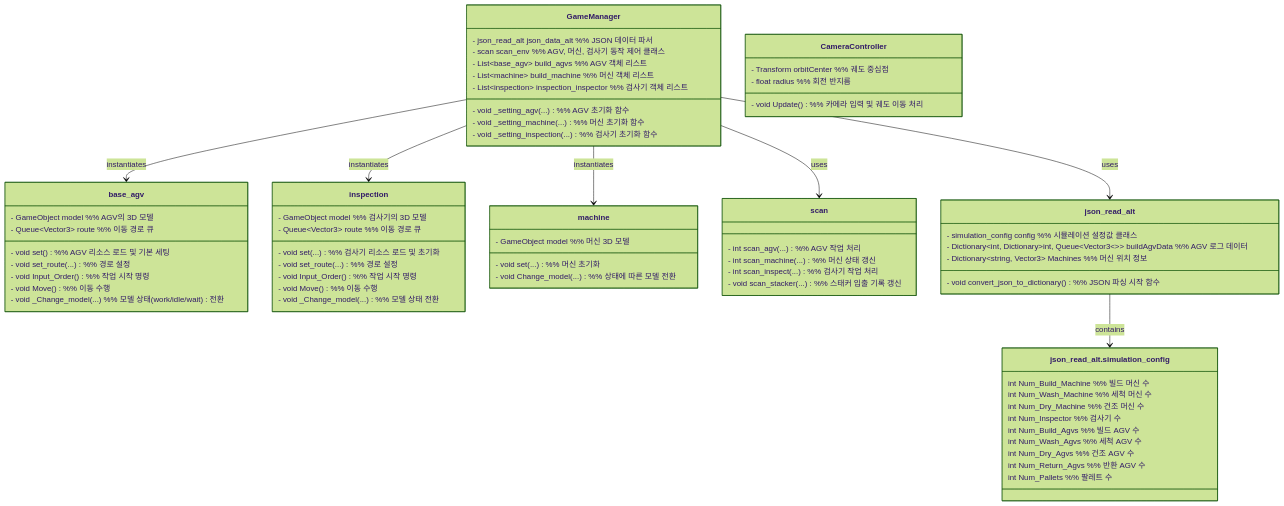
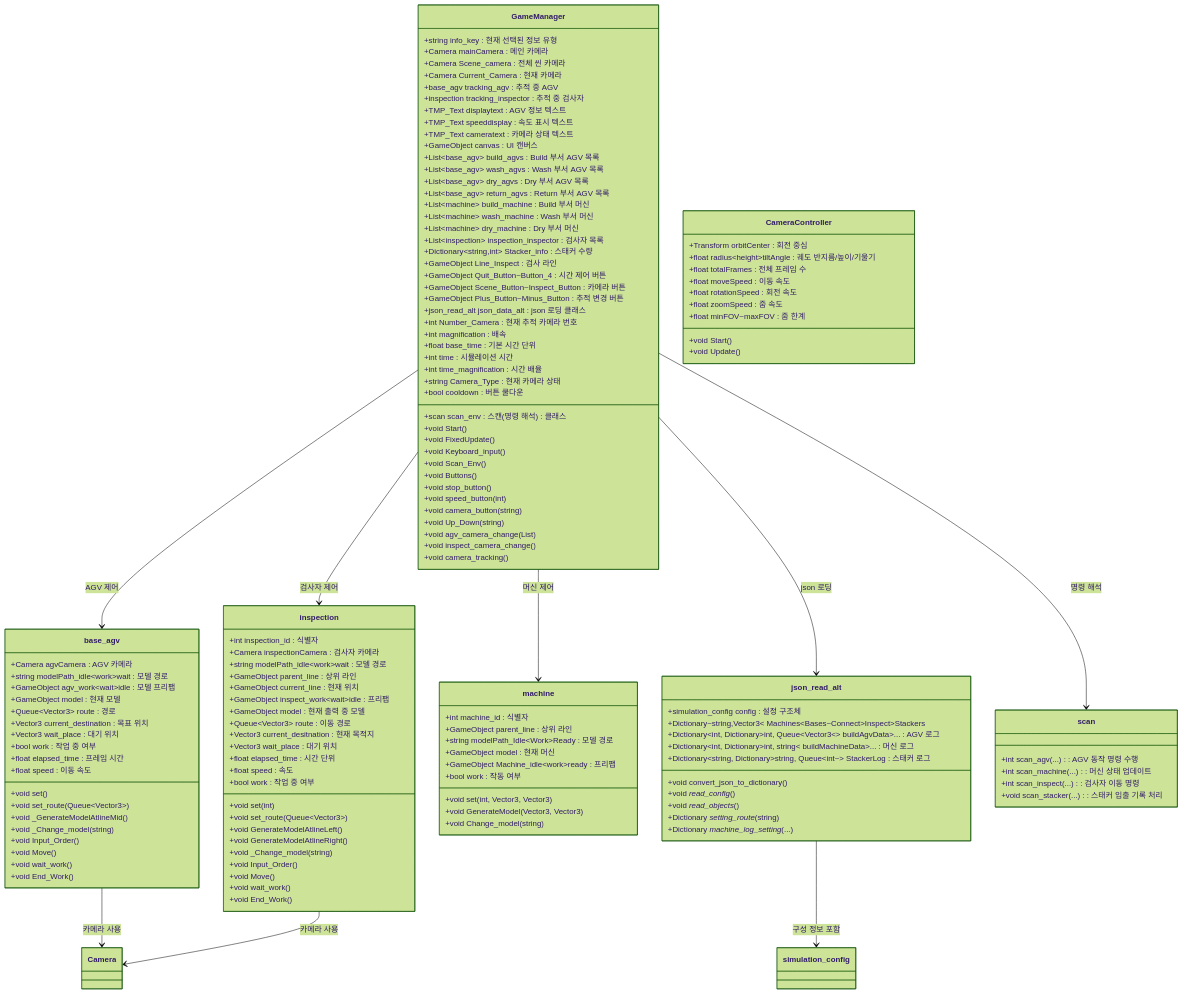
One commit to Kor-Lazyman/unity_project changed the first of 3 diagrams in README.md. Above: the diagram before and after it, drawn with Mermaid (forest theme).

````diff
--- a/README.md
+++ b/README.md
@@ -23,82 +23,159 @@
 ```mermaid
 classDiagram
-    %% === 주요 클래스 ===
-    class GameManager {
-        - json_read_alt json_data_alt  %% JSON 데이터 파서
-        - scan scan_env  %% AGV, 머신, 검사기 동작 제어 클래스
-        - List~base_agv~ build_agvs  %% AGV 객체 리스트
-        - List~machine~ build_machine  %% 머신 객체 리스트
-        - List~inspection~ inspection_inspector  %% 검사기 객체 리스트
-        - void _setting_agv(...) %% AGV 초기화 함수
-        - void _setting_machine(...) %% 머신 초기화 함수
-        - void _setting_inspection(...) %% 검사기 초기화 함수
-    }
+%% === GameManager ===
+class GameManager {
+    +string info_key : 현재 선택된 정보 유형
+    +Camera mainCamera : 메인 카메라
+    +Camera Scene_camera : 전체 씬 카메라
+    +Camera Current_Camera : 현재 카메라
+    +base_agv tracking_agv : 추적 중 AGV
+    +inspection tracking_inspector : 추적 중 검사자
+    +TMP_Text displaytext : AGV 정보 텍스트
+    +TMP_Text speeddisplay : 속도 표시 텍스트
+    +TMP_Text cameratext : 카메라 상태 텍스트
+    +GameObject canvas : UI 캔버스
+    +List~base_agv~ build_agvs : Build 부서 AGV 목록
+    +List~base_agv~ wash_agvs : Wash 부서 AGV 목록
+    +List~base_agv~ dry_agvs : Dry 부서 AGV 목록
+    +List~base_agv~ return_agvs : Return 부서 AGV 목록
+    +List~machine~ build_machine : Build 부서 머신
+    +List~machine~ wash_machine : Wash 부서 머신
+    +List~machine~ dry_machine : Dry 부서 머신
+    +List~inspection~ inspection_inspector : 검사자 목록
+    +Dictionary~string,int~ Stacker_info : 스태커 수량
+    +GameObject Line_Inspect : 검사 라인
+    +GameObject Quit_Button~Button_4 : 시간 제어 버튼
+    +GameObject Scene_Button~Inspect_Button : 카메라 버튼
+    +GameObject Plus_Button~Minus_Button : 추적 변경 버튼
+    +json_read_alt json_data_alt : json 로딩 클래스
+    +scan scan_env : 스캔(명령 해석) 클래스
+    +int Number_Camera : 현재 추적 카메라 번호
+    +int magnification : 배속
+    +float base_time : 기본 시간 단위
+    +int time : 시뮬레이션 시간
+    +int time_magnification : 시간 배율
+    +string Camera_Type : 현재 카메라 상태
+    +bool cooldown : 버튼 쿨다운
+    +void Start()
+    +void FixedUpdate()
+    +void Keyboard_input()
+    +void Scan_Env()
+    +void Buttons()
+    +void stop_button()
+    +void speed_button(int)
+    +void camera_button(string)
+    +void Up_Down(string)
+    +void agv_camera_change(List)
+    +void inspect_camera_change()
+    +void camera_tracking()
+}
 
-    class base_agv {
-        - GameObject model  %% AGV의 3D 모델
-        - Queue~Vector3~ route  %% 이동 경로 큐
-        - void set() %% AGV 리소스 로드 및 기본 세팅
-        - void set_route(...) %% 경로 설정
-        - void Input_Order() %% 작업 시작 명령
-        - void Move() %% 이동 수행
-        - void _Change_model(...) %% 모델 상태(work/idle/wait) 전환
-    }
+%% === base_agv ===
+class base_agv {
+    +Camera agvCamera : AGV 카메라
+    +string modelPath_idle~work~wait : 모델 경로
+    +GameObject agv_work~wait~idle : 모델 프리팹
+    +GameObject model : 현재 모델
+    +Queue~Vector3~ route : 경로
+    +Vector3 current_destination : 목표 위치
+    +Vector3 wait_place : 대기 위치
+    +bool work : 작업 중 여부
+    +float elapsed_time : 프레임 시간
+    +float speed : 이동 속도
+    +void set()
+    +void set_route(Queue~Vector3~)
+    +void _GenerateModelAtlineMid()
+    +void _Change_model(string)
+    +void Input_Order()
+    +void Move()
+    +void wait_work()
+    +void End_Work()
+}
 
-    class inspection {
-        - GameObject model  %% 검사기의 3D 모델
-        - Queue~Vector3~ route  %% 이동 경로 큐
-        - void set(...) %% 검사기 리소스 로드 및 초기화
-        - void set_route(...) %% 경로 설정
-        - void Input_Order() %% 작업 시작 명령
-        - void Move() %% 이동 수행
-        - void _Change_model(...) %% 모델 상태 전환
-    }
+%% === inspection ===
+class inspection {
+    +int inspection_id : 식별자
+    +Camera inspectionCamera : 검사자 카메라
+    +string modelPath_idle~work~wait : 모델 경로
+    +GameObject parent_line : 상위 라인
+    +GameObject current_line : 현재 위치
+    +GameObject inspect_work~wait~idle : 프리팹
+    +GameObject model : 현재 출력 중 모델
+    +Queue~Vector3~ route : 이동 경로
+    +Vector3 current_desitnation : 현재 목적지
+    +Vector3 wait_place : 대기 위치
+    +float elapsed_time : 시간 단위
+    +float speed : 속도
+    +bool work : 작업 중 여부
+    +void set(int)
+    +void set_route(Queue~Vector3~)
+    +void GenerateModelAtlineLeft()
+    +void GenerateModelAtlineRight()
+    +void _Change_model(string)
+    +void Input_Order()
+    +void Move()
+    +void wait_work()
+    +void End_Work()
+}
 
-    class machine {
-        - GameObject model  %% 머신 3D 모델
-        - void set(...) %% 머신 초기화
-        - void Change_model(...) %% 상태에 따른 모델 전환
-    }
+%% === machine ===
+class machine {
+    +int machine_id : 식별자
+    +GameObject parent_line : 상위 라인
+    +string modelPath_Idle~Work~Ready : 모델 경로
+    +GameObject model : 현재 머신
+    +GameObject Machine_idle~work~ready : 프리팹
+    +bool work : 작동 여부
+    +void set(int, Vector3, Vector3)
+    +void GenerateModel(Vector3, Vector3)
+    +void Change_model(string)
+}
 
-    class scan {
-        - int scan_agv(...) %% AGV 작업 처리
-        - int scan_machine(...) %% 머신 상태 갱신
-        - int scan_inspect(...) %% 검사기 작업 처리
-        - void scan_stacker(...) %% 스태커 입출 기록 갱신
-    }
+%% === json_read_alt ===
+class json_read_alt {
+    +simulation_config config : 설정 구조체
+    +Dictionary~string,Vector3~ Machines~Bases~Connect~Inspect~Stackers
+    +Dictionary~int, Dictionary~int, Queue~Vector3~~ buildAgvData~... : AGV 로그
+    +Dictionary~int, Dictionary~int, string~ buildMachineData~... : 머신 로그
+    +Dictionary~string, Dictionary~string, Queue~int~~ StackerLog : 스태커 로그
+    +void convert_json_to_dictionary()
+    +void _read_config_()
+    +void _read_objects_()
+    +Dictionary _setting_route_(string)
+    +Dictionary _machine_log_setting_(...)
+}
 
-    class json_read_alt {
-        - simulation_config config  %% 시뮬레이션 설정값 클래스
-        - Dictionary~int, Dictionary~int, Queue~Vector3~~~ buildAgvData %% AGV 로그 데이터
-        - Dictionary~string, Vector3~ Machines %% 머신 위치 정보
-        - void convert_json_to_dictionary() %% JSON 파싱 시작 함수
-    }
+%% === scan ===
+class scan {
+    +int scan_agv(...) : AGV 동작 명령 수행
+    +int scan_machine(...) : 머신 상태 업데이트
+    +int scan_inspect(...) : 검사자 이동 명령
+    +void scan_stacker(...) : 스태커 입출 기록 처리
+}
 
-    class json_read_alt.simulation_config {
-        int Num_Build_Machine %% 빌드 머신 수
-        int Num_Wash_Machine %% 세척 머신 수
-        int Num_Dry_Machine %% 건조 머신 수
-        int Num_Inspector %% 검사기 수
-        int Num_Build_Agvs %% 빌드 AGV 수
-        int Num_Wash_Agvs %% 세척 AGV 수
-        int Num_Dry_Agvs %% 건조 AGV 수
-        int Num_Return_Agvs %% 반환 AGV 수
-        int Num_Pallets %% 팔레트 수
-    }
+%% === CameraController ===
+class CameraController {
+    +Transform orbitCenter : 회전 중심
+    +float radius~height~tiltAngle : 궤도 반지름/높이/기울기
+    +float totalFrames : 전체 프레임 수
+    +float moveSpeed : 이동 속도
+    +float rotationSpeed : 회전 속도
+    +float zoomSpeed : 줌 속도
+    +float minFOV~maxFOV : 줌 한계
+    +void Start()
+    +void Update()
+}
 
-    class CameraController {
-        - Transform orbitCenter %% 궤도 중심점
-        - float radius %% 회전 반지름
-        - void Update() %% 카메라 입력 및 궤도 이동 처리
-    }
+%% === 관계선 설정 ===
+GameManager --> base_agv : AGV 제어
+GameManager --> inspection : 검사자 제어
+GameManager --> machine : 머신 제어
+GameManager --> scan : 명령 해석
+GameManager --> json_read_alt : json 로딩
 
-    %% === 클래스 간 관계 ===
-    GameManager --> json_read_alt : uses
-    GameManager --> scan : uses
-    GameManager --> base_agv : instantiates
-    GameManager --> machine : instantiates
-    GameManager --> inspection : instantiates
+base_agv --> Camera : 카메라 사용
+inspection --> Camera : 카메라 사용
 
-    json_read_alt --> json_read_alt.simulation_config : contains
+json_read_alt --> simulation_config : 구성 정보 포함
 
 ```
````
